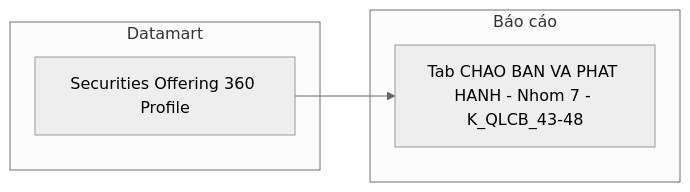
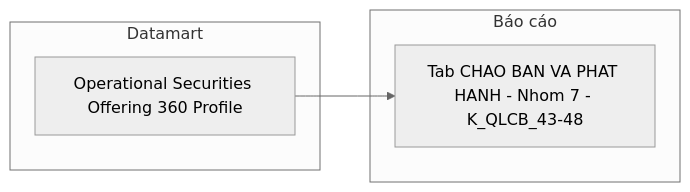
Before and after one commit to linhlvit/ubck_atomic_design: diagram 18 of 22 in Datamart/hld/DTM_QLCB_HLD.md, drawn with Mermaid (neutral theme). The commit also changed other lines of this file and 62 other files, not shown here.

````diff
--- a/Datamart/hld/DTM_QLCB_HLD.md
+++ b/Datamart/hld/DTM_QLCB_HLD.md
@@ -895,10 +895,10 @@
 ```mermaid
 flowchart LR
     subgraph Datamart["Datamart"]
-        G1["Securities Offering 360 Profile"]
+        G1["Operational Securities Offering 360 Profile"]
     end
     subgraph RPT["Báo cáo"]
         R7["Tab CHAO BAN VA PHAT HANH - Nhom 7 - K_QLCB_43-48"]
     end
     G1 --> R7
 ```
````
